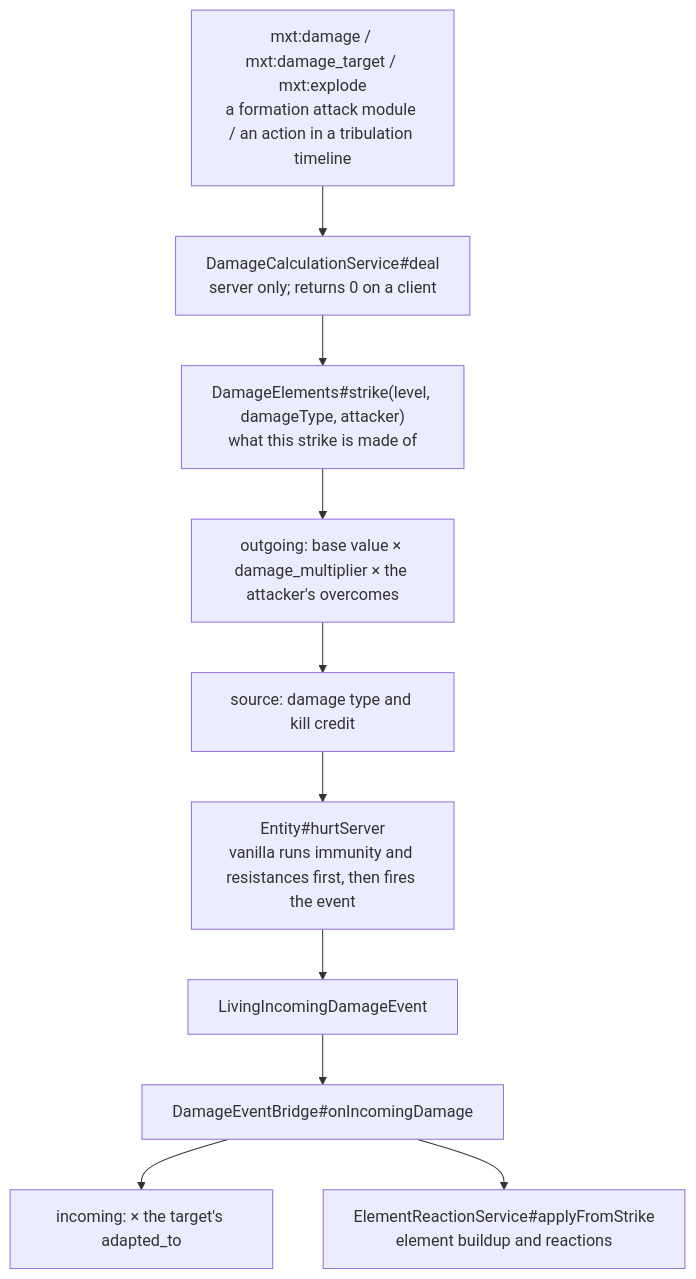
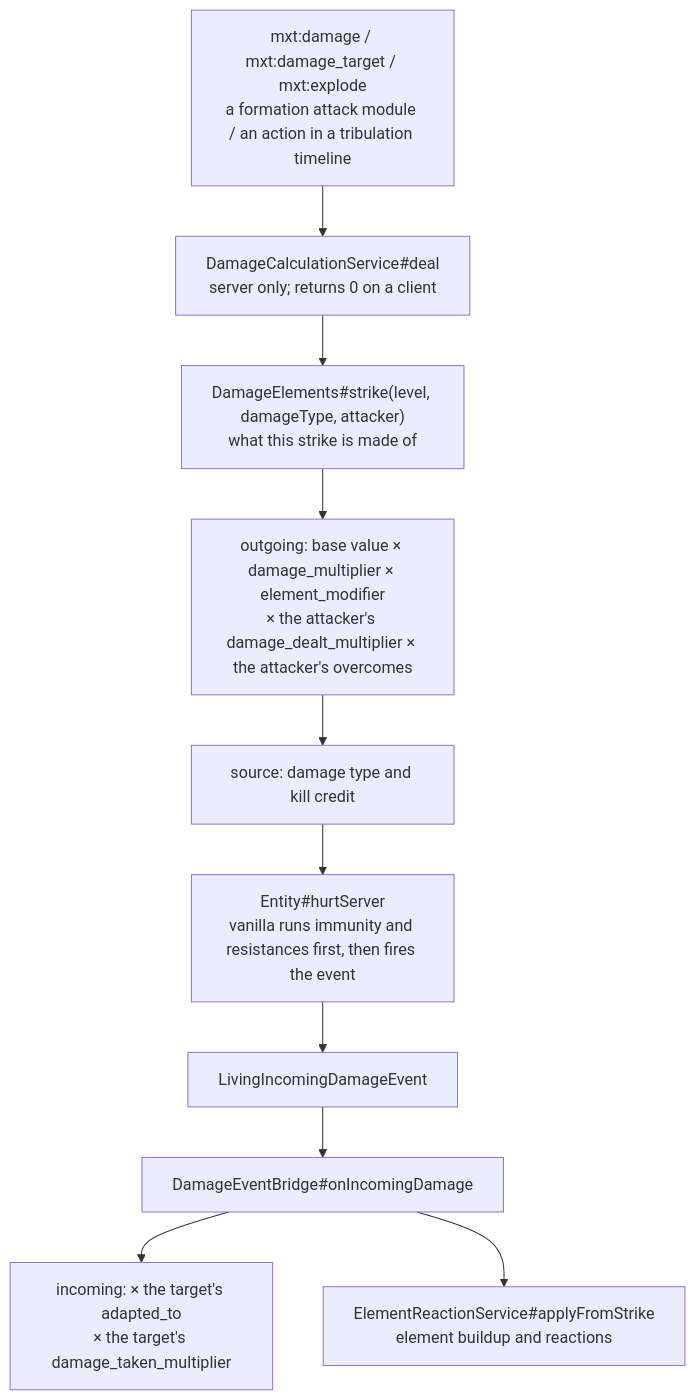
Before and after one commit to IAFEnvoy/mxt-docs: the diagram in docs/en/technical/damage.md, drawn with Mermaid. The commit also changed other lines of this file and 47 other files, not shown here.

````diff
--- a/docs/en/technical/damage.md
+++ b/docs/en/technical/damage.md
@@ -23,12 +23,12 @@
 ```mermaid
 flowchart TD
     A["mxt:damage / mxt:damage_target / mxt:explode<br/>a formation attack module / an action in a tribulation timeline"] --> DEAL
     DEAL["DamageCalculationService#deal<br/>server only; returns 0 on a client"] --> STRIKE["DamageElements#strike(level, damageType, attacker)<br/>what this strike is made of"]
-    STRIKE --> OUT["outgoing: base value × damage_multiplier × the attacker's overcomes"]
+    STRIKE --> OUT["outgoing: base value × damage_multiplier × element_modifier<br/>× the attacker's damage_dealt_multiplier × the attacker's overcomes"]
     OUT --> SRC["source: damage type and kill credit"]
     SRC --> HURT["Entity#hurtServer<br/>vanilla runs immunity and resistances first, then fires the event"]
     HURT --> EV["LivingIncomingDamageEvent"]
     EV --> BRIDGE["DamageEventBridge#onIncomingDamage"]
-    BRIDGE --> IN["incoming: × the target's adapted_to"]
+    BRIDGE --> IN["incoming: × the target's adapted_to<br/>× the target's damage_taken_multiplier"]
     BRIDGE --> REACT["ElementReactionService#applyFromStrike<br/>element buildup and reactions"]
 ```
````
